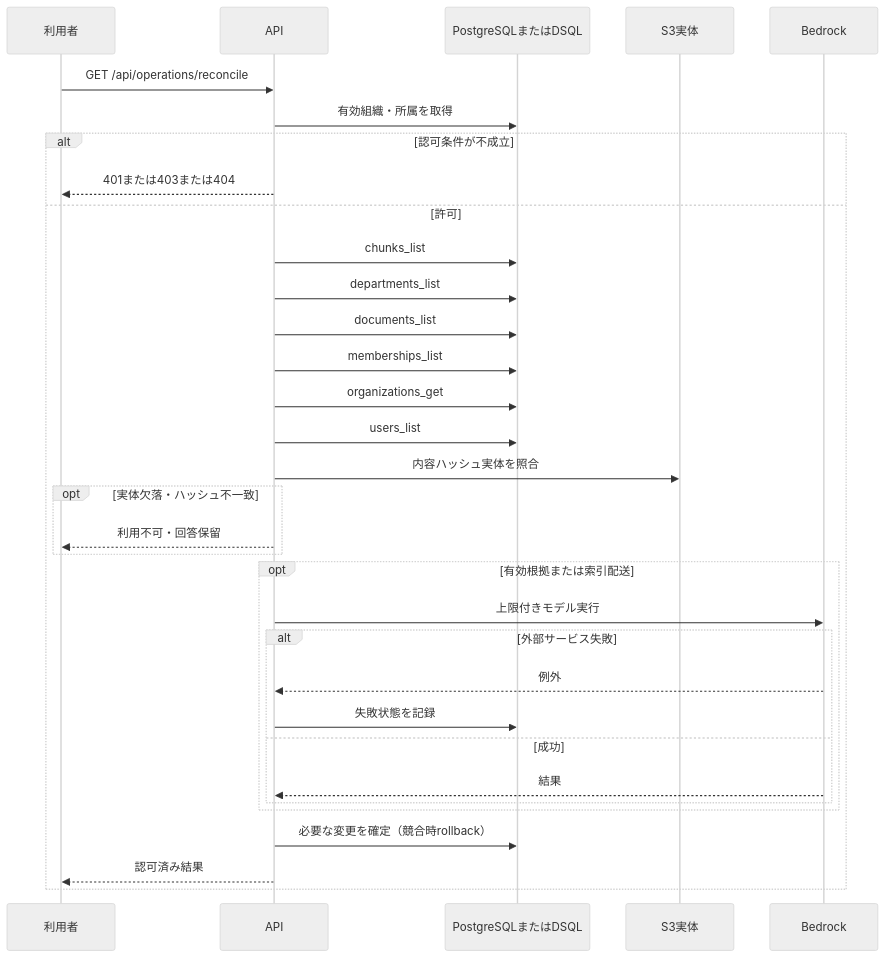
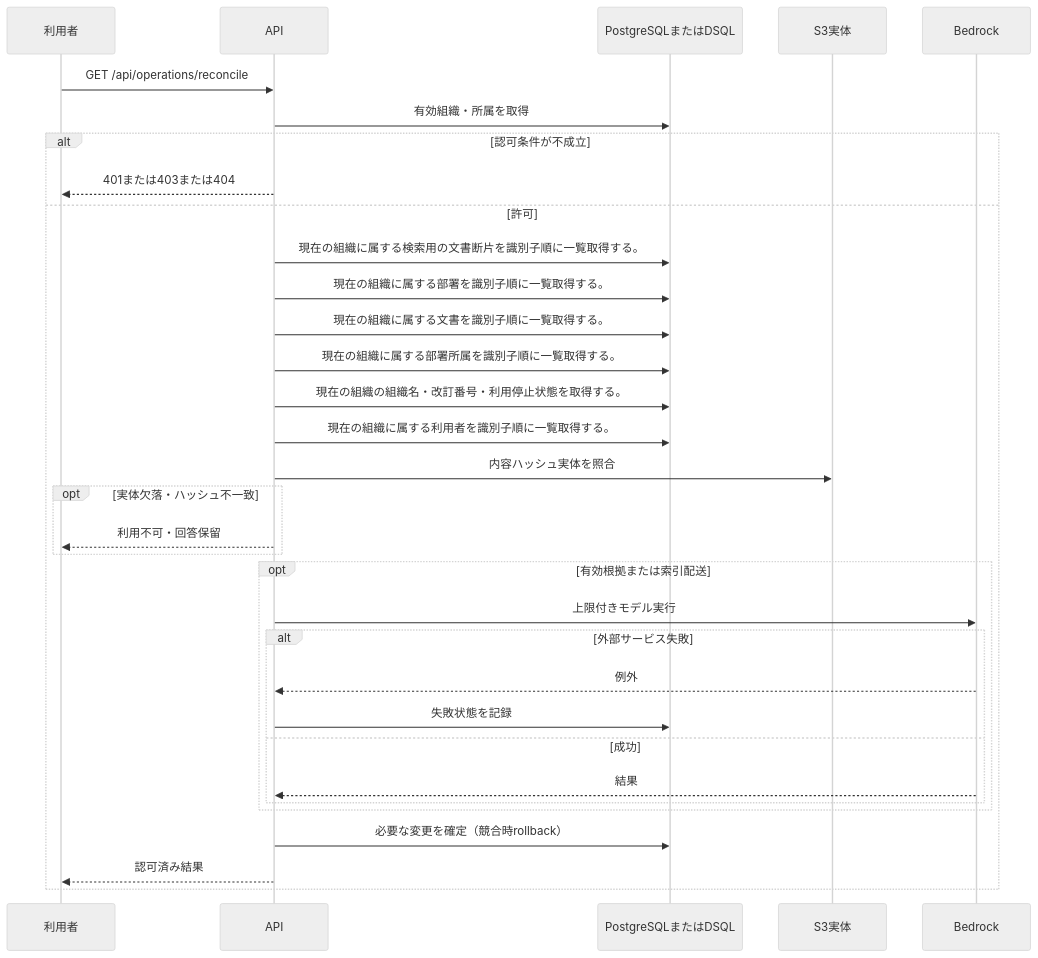
Before and after one commit to tsuji-tomonori/KotoRelay: the diagram in docs/design/generated/api/operations/reconcile_index/sequence.md, drawn with Mermaid (neutral theme). The commit also changed other lines of this file and 286 other files, not shown here.

````diff
--- a/docs/design/generated/api/operations/reconcile_index/sequence.md
+++ b/docs/design/generated/api/operations/reconcile_index/sequence.md
@@ -7,35 +7,35 @@
 ```mermaid
 sequenceDiagram
     participant U as 利用者
     participant A as API
     participant D as PostgreSQLまたはDSQL
     participant S as S3実体
     participant M as Bedrock
     U->>A: GET /api/operations/reconcile
     A->>D: 有効組織・所属を取得
     alt 認可条件が不成立
         A-->>U: 401または403または404
     else 許可
-        A->>D: chunks_list
-        A->>D: departments_list
-        A->>D: documents_list
-        A->>D: memberships_list
-        A->>D: organizations_get
-        A->>D: users_list
+        A->>D: 現在の組織に属する検索用の文書断片を識別子順に一覧取得する。
+        A->>D: 現在の組織に属する部署を識別子順に一覧取得する。
+        A->>D: 現在の組織に属する文書を識別子順に一覧取得する。
+        A->>D: 現在の組織に属する部署所属を識別子順に一覧取得する。
+        A->>D: 現在の組織の組織名・改訂番号・利用停止状態を取得する。
+        A->>D: 現在の組織に属する利用者を識別子順に一覧取得する。
         A->>S: 内容ハッシュ実体を照合
         opt 実体欠落・ハッシュ不一致
             A-->>U: 利用不可・回答保留
         end
         opt 有効根拠または索引配送
             A->>M: 上限付きモデル実行
             alt 外部サービス失敗
                 M-->>A: 例外
                 A->>D: 失敗状態を記録
             else 成功
                 M-->>A: 結果
             end
         end
         A->>D: 必要な変更を確定（競合時rollback）
         A-->>U: 認可済み結果
     end
 ```
````
